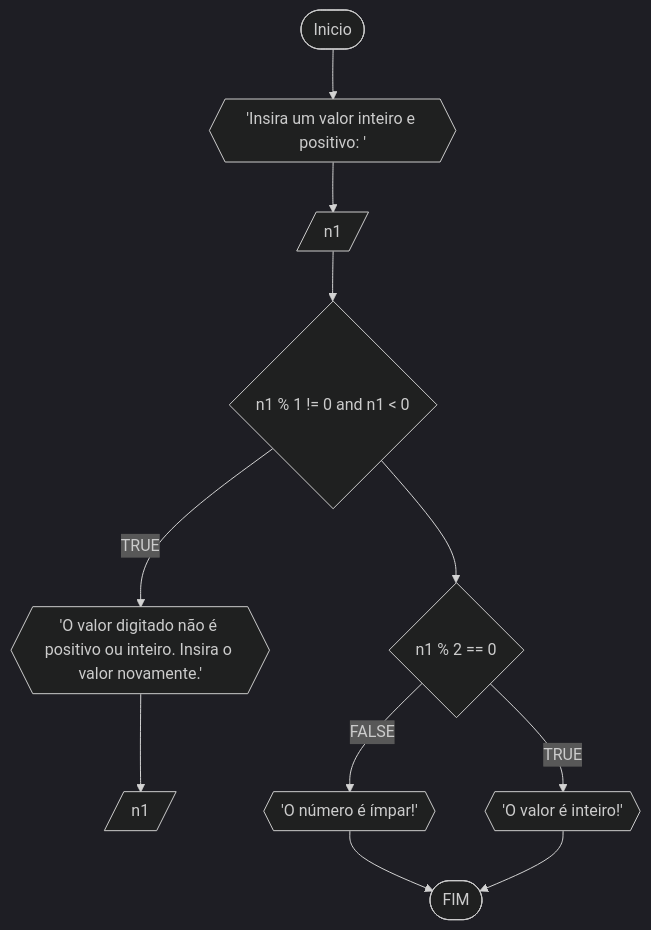
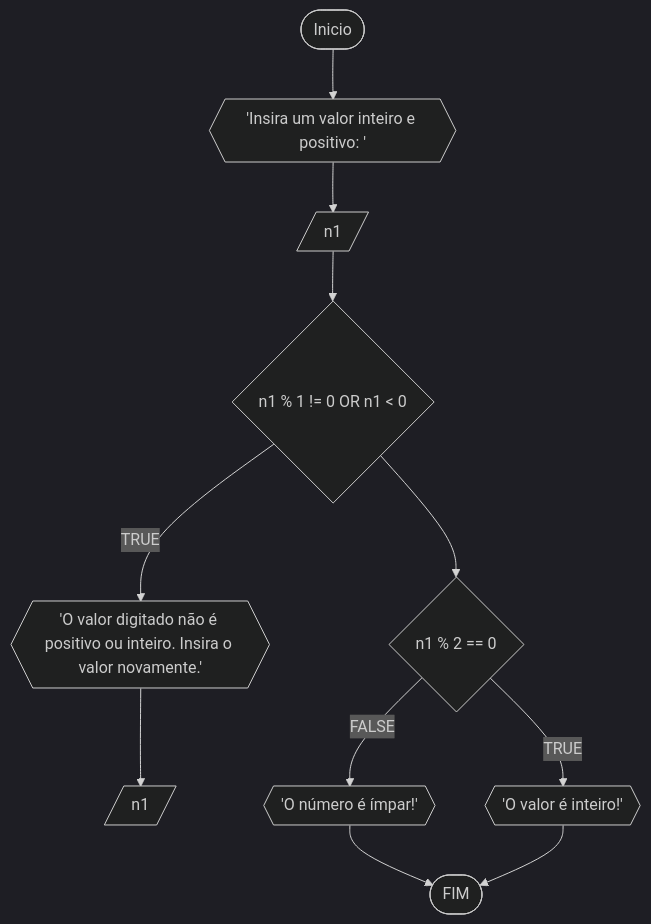
Before and after one commit to stuffxdd/Unifor: the first of 2 diagrams in RLA/lista3_exercicios.md, drawn with Mermaid (dark theme). The commit also changed other lines of this file, not shown here.

````diff
--- a/RLA/lista3_exercicios.md
+++ b/RLA/lista3_exercicios.md
@@ -11,15 +11,15 @@
 ```mermaid
 flowchart TD
 
 A([Inicio]) --> B{{'Insira um valor inteiro e positivo: '}}
 B --> C[/n1/]
-C --> D{n1 % 1 != 0 and n1 < 0}
+C --> D{n1 % 1 != 0 OR n1 < 0}
 D --TRUE--> E{{'O valor digitado não é positivo ou inteiro. Insira o valor novamente.'}}
 E --> F[/n1/]
 
 D --> G{n1 % 2 == 0}
 G --FALSE--> H{{'O número é ímpar!'}} --> Z
 G --TRUE--> I{{'O valor é inteiro!'}} --> Z
 
 Z([FIM])
 ```
````
